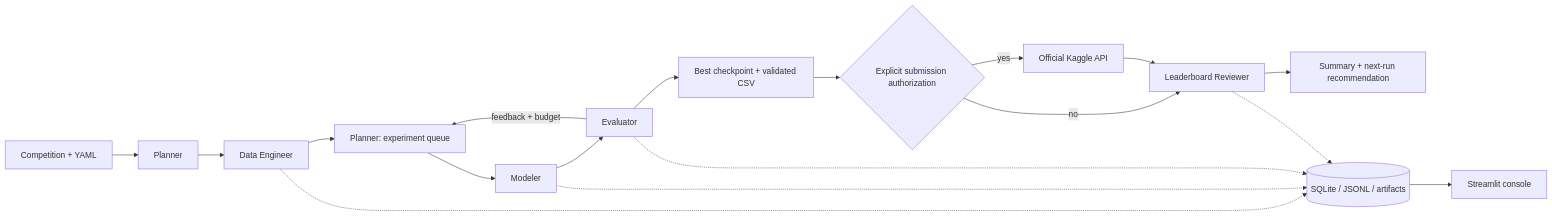
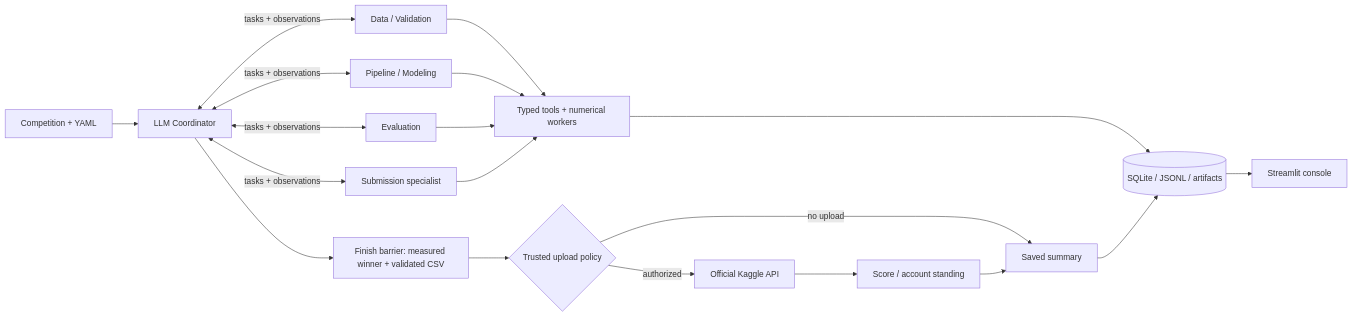
The diagram in README.md (ViniSegalla/Kaggle-Slayer), drawn with Mermaid before and after one commit. The commit also changed other lines of this file and 142 other files, not shown here.

````diff
--- a/README.md
+++ b/README.md
@@ -36,20 +49,21 @@
 ```mermaid
 flowchart LR
-    Input[Competition + YAML] --> Planner
-    Planner --> Data[Data Engineer]
-    Data --> Queue[Planner: experiment queue]
-    Queue --> Modeler
-    Modeler --> Evaluator
-    Evaluator -->|feedback + budget| Queue
-    Evaluator --> Prediction[Best checkpoint + validated CSV]
-    Prediction --> Consent{Explicit submission authorization}
-    Consent -->|yes| Kaggle[Official Kaggle API]
-    Consent -->|no| Reviewer[Leaderboard Reviewer]
-    Kaggle --> Reviewer
-    Reviewer --> Summary[Summary + next-run recommendation]
-    Data -.-> Store[(SQLite / JSONL / artifacts)]
-    Modeler -.-> Store
-    Evaluator -.-> Store
-    Reviewer -.-> Store
+    Input[Competition + YAML] --> Coordinator[LLM Coordinator]
+    Coordinator <-->|tasks + observations| Data[Data / Validation]
+    Coordinator <-->|tasks + observations| Modeler[Pipeline / Modeling]
+    Coordinator <-->|tasks + observations| Evaluator[Evaluation]
+    Coordinator <-->|tasks + observations| Submission[Submission specialist]
+    Data --> Tools[Typed tools + numerical workers]
+    Modeler --> Tools
+    Evaluator --> Tools
+    Submission --> Tools
+    Tools --> Store[(SQLite / JSONL / artifacts)]
+    Coordinator --> Finish[Finish barrier: measured winner + validated CSV]
+    Finish --> Policy{Trusted upload policy}
+    Policy -->|authorized| Kaggle[Official Kaggle API]
+    Policy -->|no upload| Summary[Saved summary]
+    Kaggle --> Feedback[Score / account standing]
+    Feedback --> Summary
+    Summary --> Store
     Store --> Dashboard[Streamlit console]
 ```
````
